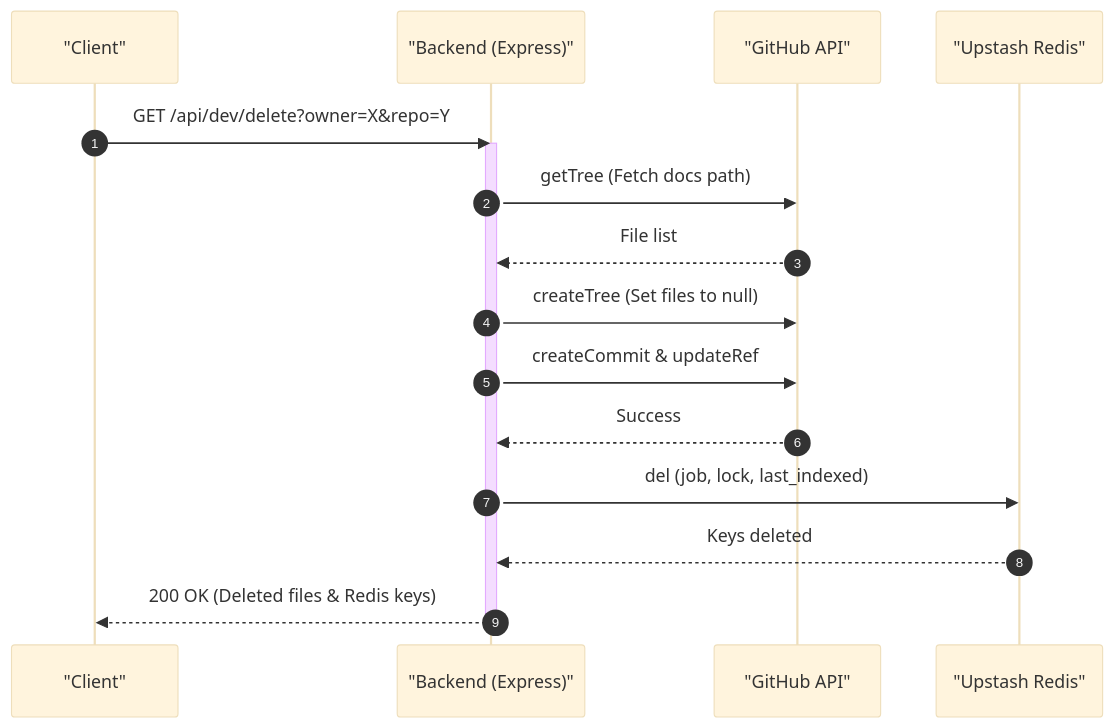
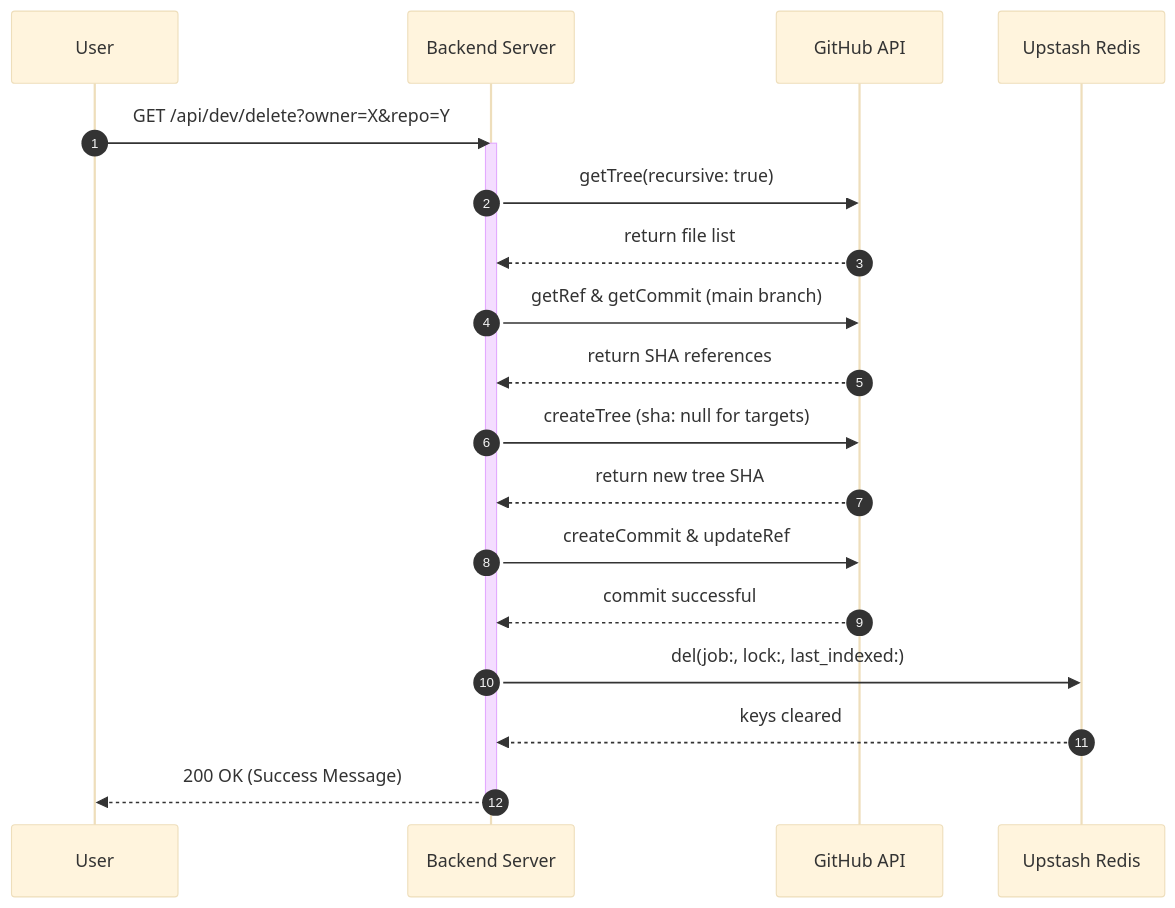
Before and after one commit to shinymacktest/gitdex-docs: the second of 2 diagrams in docs/shinymack/gitdex/2_system-architecture.mdx, drawn with Mermaid (base theme). The commit also changed other lines of this file and 16 other files, not shown here.

````diff
--- a/docs/shinymack/gitdex/2_system-architecture.mdx
+++ b/docs/shinymack/gitdex/2_system-architecture.mdx
@@ -49,20 +60,23 @@
 ```mermaid
 sequenceDiagram
     autonumber
-    participant C as "Client"
-    participant B as "Backend (Express)"
-    participant G as "GitHub API"
-    participant R as "Upstash Redis"
+    participant U as User
+    participant S as Backend Server
+    participant GH as GitHub API
+    participant R as Upstash Redis
 
-    C ->> B: GET /api/dev/delete?owner=X&repo=Y
-    activate B
-    B ->> G: getTree (Fetch docs path)
-    G -->> B: File list
-    B ->> G: createTree (Set files to null)
-    B ->> G: createCommit & updateRef
-    G -->> B: Success
-    B ->> R: del (job, lock, last_indexed)
-    R -->> B: Keys deleted
-    B -->> C: 200 OK (Deleted files & Redis keys)
-    deactivate B
+    U ->> S: GET /api/dev/delete?owner=X&repo=Y
+    activate S
+    S ->> GH: getTree(recursive: true)
+    GH -->> S: return file list
+    S ->> GH: getRef & getCommit (main branch)
+    GH -->> S: return SHA references
+    S ->> GH: createTree (sha: null for targets)
+    GH -->> S: return new tree SHA
+    S ->> GH: createCommit & updateRef
+    GH -->> S: commit successful
+    S ->> R: del(job:, lock:, last_indexed:)
+    R -->> S: keys cleared
+    S -->> U: 200 OK (Success Message)
+    deactivate S
 ```
````
